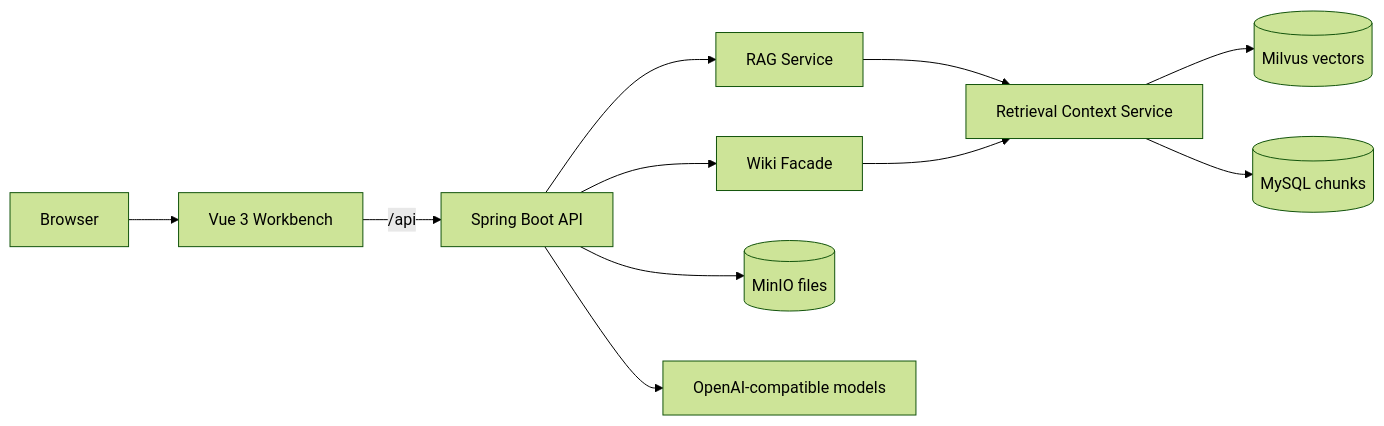
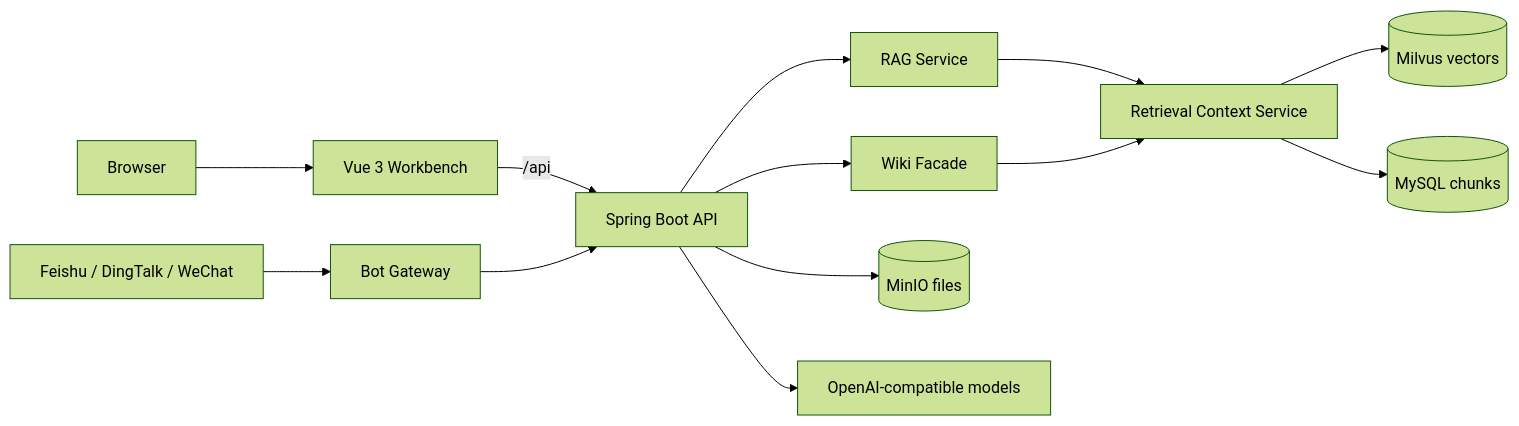
The diagram in README.md (Harzva/CampusRAG-QA), drawn with Mermaid (forest theme) before and after one commit. The commit also changed other lines of this file and 23 other files, not shown here.

Commit message:
Add production bot gateway design

````diff
--- a/README.md
+++ b/README.md
@@ -55,13 +58,15 @@
 ```mermaid
 flowchart LR
     User["Browser"] --> UI["Vue 3 Workbench"]
+    Bot["Feishu / DingTalk / WeChat"] --> Gateway["Bot Gateway"]
     UI -->|/api| API["Spring Boot API"]
+    Gateway --> API
     API --> RAG["RAG Service"]
     API --> Wiki["Wiki Facade"]
     RAG --> Retrieval["Retrieval Context Service"]
     Wiki --> Retrieval
     Retrieval --> Milvus[("Milvus vectors")]
     Retrieval --> MySQL[("MySQL chunks")]
     API --> MinIO[("MinIO files")]
     API --> Model["OpenAI-compatible models"]
 ```
````
